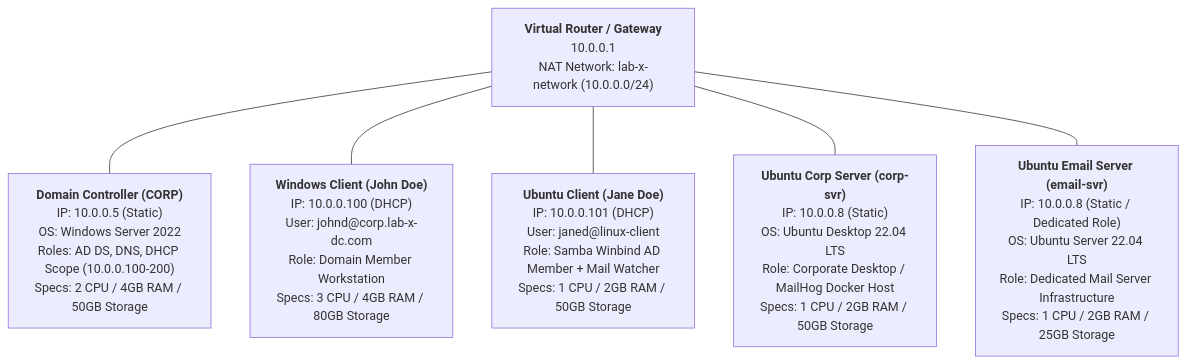
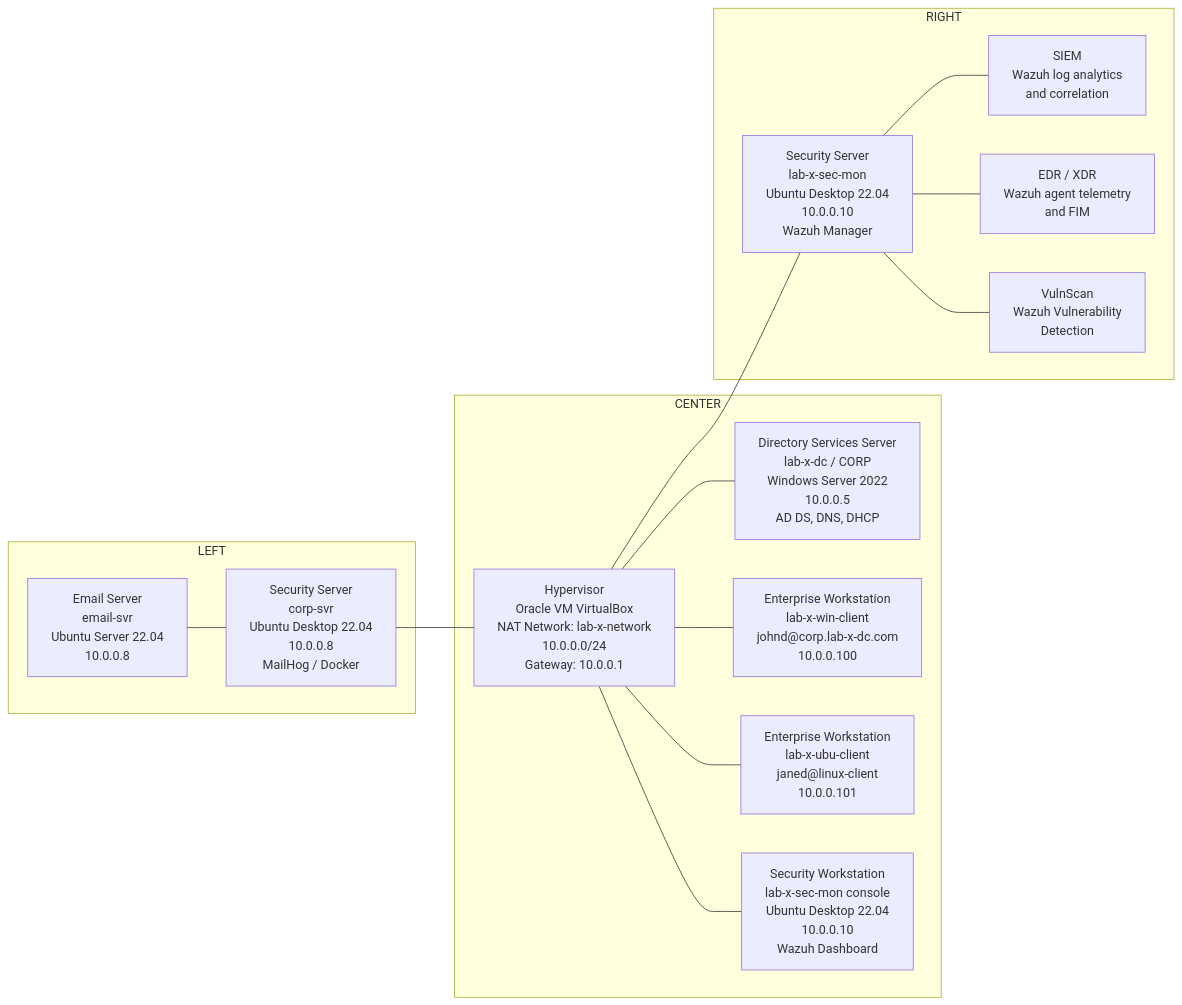
One commit to 21bitt/SOC-Lab changed the diagram in README.md. Above: the diagram before and after it, drawn with Mermaid. The commit also changed other lines of this file, not shown here.

First line of the commit message:
Revise README for project scope and clarity improvements

````diff
--- a/README.md
+++ b/README.md
@@ -9,14 +11,27 @@
 ```mermaid
-graph TD
-    GW["<b>Virtual Router / Gateway</b><br/>10.0.0.1<br/>NAT Network: lab-x-network (10.0.0.0/24)"]
+flowchart LR
+    subgraph LEFT
+        ES["Email Server<br/>email-svr<br/>Ubuntu Server 22.04<br/>10.0.0.8"] --- SS1["Security Server<br/>corp-svr<br/>Ubuntu Desktop 22.04<br/>10.0.0.8<br/>MailHog / Docker"]
+    end
 
-    GW --- DC["<b>Domain Controller (CORP)</b><br/>IP: 10.0.0.5 (Static)<br/>OS: Windows Server 2022<br/>Roles: AD DS, DNS, DHCP Scope (10.0.0.100-200)<br/>Specs: 2 CPU / 4GB RAM / 50GB Storage"]
+    subgraph CENTER
+        DS["Directory Services Server<br/>lab-x-dc / CORP<br/>Windows Server 2022<br/>10.0.0.5<br/>AD DS, DNS, DHCP"]
+        HV["Hypervisor<br/>Oracle VM VirtualBox<br/>NAT Network: lab-x-network<br/>10.0.0.0/24<br/>Gateway: 10.0.0.1"]
+        EW1["Enterprise Workstation<br/>lab-x-win-client<br/>johnd@corp.lab-x-dc.com<br/>10.0.0.100"]
+        EW2["Enterprise Workstation<br/>lab-x-ubu-client<br/>janed@linux-client<br/>10.0.0.101"]
+        SW["Security Workstation<br/>lab-x-sec-mon console<br/>Ubuntu Desktop 22.04<br/>10.0.0.10<br/>Wazuh Dashboard"]
+    end
 
-    GW --- WIN["<b>Windows Client (John Doe)</b><br/>IP: 10.0.0.100 (DHCP)<br/>User: johnd@corp.lab-x-dc.com<br/>Role: Domain Member Workstation<br/>Specs: 3 CPU / 4GB RAM / 80GB Storage"]
+    subgraph RIGHT
+        SS2["Security Server<br/>lab-x-sec-mon<br/>Ubuntu Desktop 22.04<br/>10.0.0.10<br/>Wazuh Manager"] --- SIEM["SIEM<br/>Wazuh log analytics<br/>and correlation"]
+        SS2 --- EDR["EDR / XDR<br/>Wazuh agent telemetry<br/>and FIM"]
+        SS2 --- VS["VulnScan<br/>Wazuh Vulnerability<br/>Detection"]
+    end
 
-    GW --- LINUX["<b>Ubuntu Client (Jane Doe)</b><br/>IP: 10.0.0.101 (DHCP)<br/>User: janed@linux-client<br/>Role: Samba Winbind AD Member + Mail Watcher<br/>Specs: 1 CPU / 2GB RAM / 50GB Storage"]
-
-    GW --- CORP["<b>Ubuntu Corp Server (corp-svr)</b><br/>IP: 10.0.0.8 (Static)<br/>OS: Ubuntu Desktop 22.04 LTS<br/>Role: Corporate Desktop / MailHog Docker Host<br/>Specs: 1 CPU / 2GB RAM / 50GB Storage"]
-
-    GW --- EMAIL["<b>Ubuntu Email Server (email-svr)</b><br/>IP: 10.0.0.8 (Static / Dedicated Role)<br/>OS: Ubuntu Server 22.04 LTS<br/>Role: Dedicated Mail Server Infrastructure<br/>Specs: 1 CPU / 2GB RAM / 25GB Storage"]
+    SS1 --- HV
+    HV --- DS
+    HV --- SS2
+    HV --- EW1
+    HV --- EW2
+    HV --- SW
 ```
````
